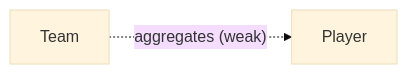
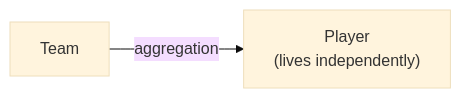
Before and after one commit to muhammad-khaled-tech/My-Study-Notes: the fourth of 10 diagrams in interviews/01-oop.md, drawn with Mermaid (base theme). The commit also changed other lines of this file and 1 other file, not shown here.

````diff
--- a/interviews/01-oop.md
+++ b/interviews/01-oop.md
@@ -416,4 +772,4 @@
 ```mermaid
 flowchart LR
-    Team["Team"] -.->|"aggregates (weak)"| Player["Player"]
+    Team["Team"] -->|aggregation| Player["Player<br/>(lives independently)"]
 ```
````
